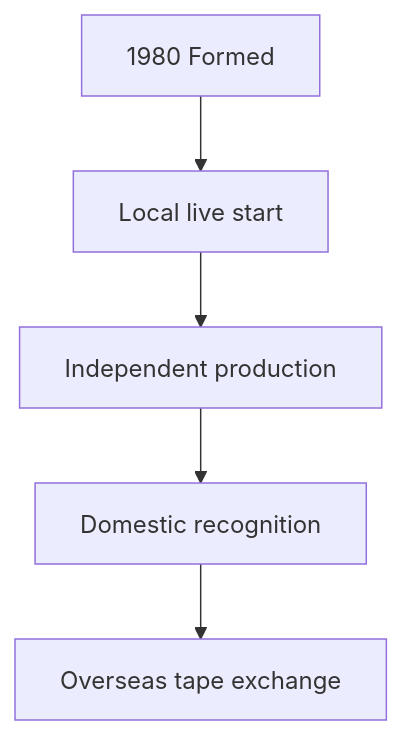
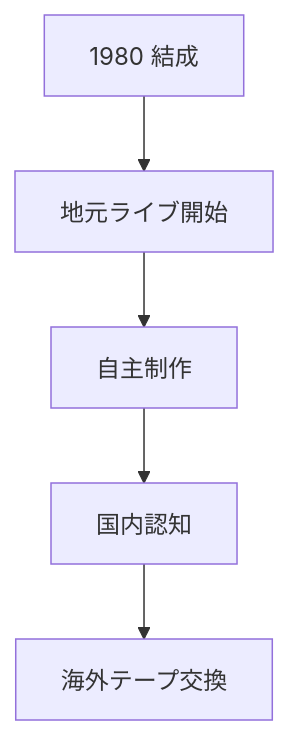
Before and after one commit to monumental-movement/monumental-movement.github.io: the third of 13 diagrams in en/_posts/2026-07-13-column-terveet-kadet.md, drawn with Mermaid. The commit also changed other lines of this file and 2196 other files, not shown here.

```diff
--- a/en/_posts/2026-07-13-column-terveet-kadet.md
+++ b/en/_posts/2026-07-13-column-terveet-kadet.md
@@ -163,14 +162,14 @@
 <div class="mermaid">
 graph TD
-A["1980 Formed"]
-B["Local live start"]
-C["Independent production"]
-D["Domestic recognition"]
-E["Overseas tape exchange"]
+A["1980 結成"]
+B["地元ライブ開始"]
+C["自主制作"]
+D["国内認知"]
+E["海外テープ交換"]
 
 A --> B
 B --> C
 C --> D
 D --> E
 
 </div>
```
